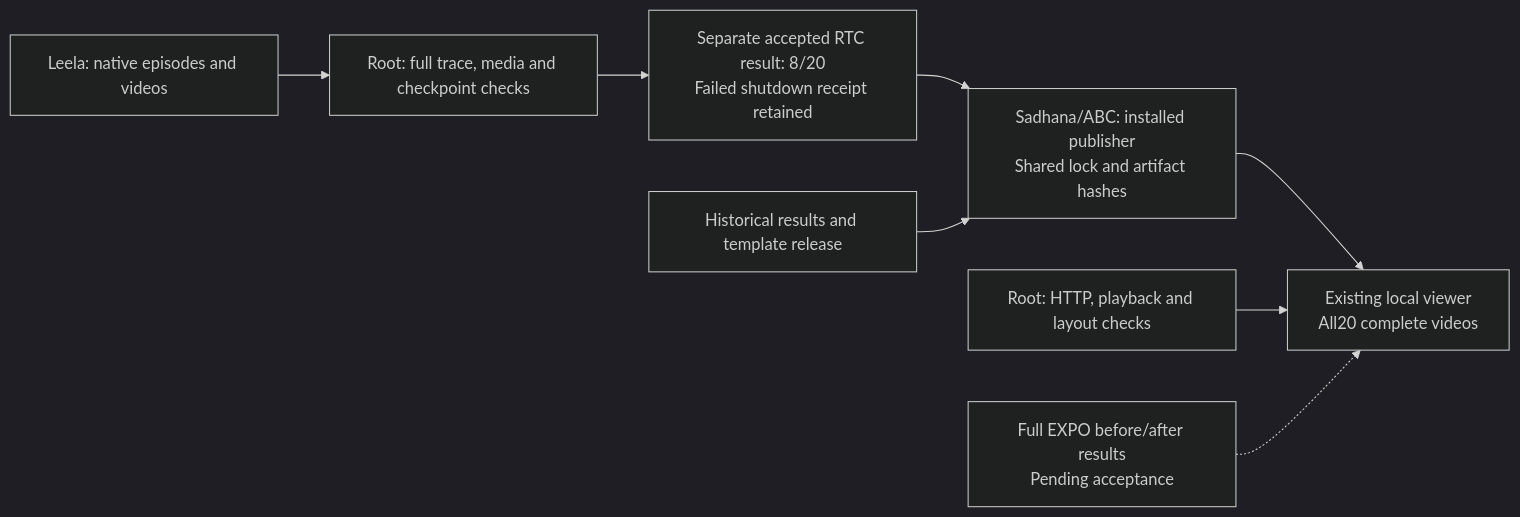
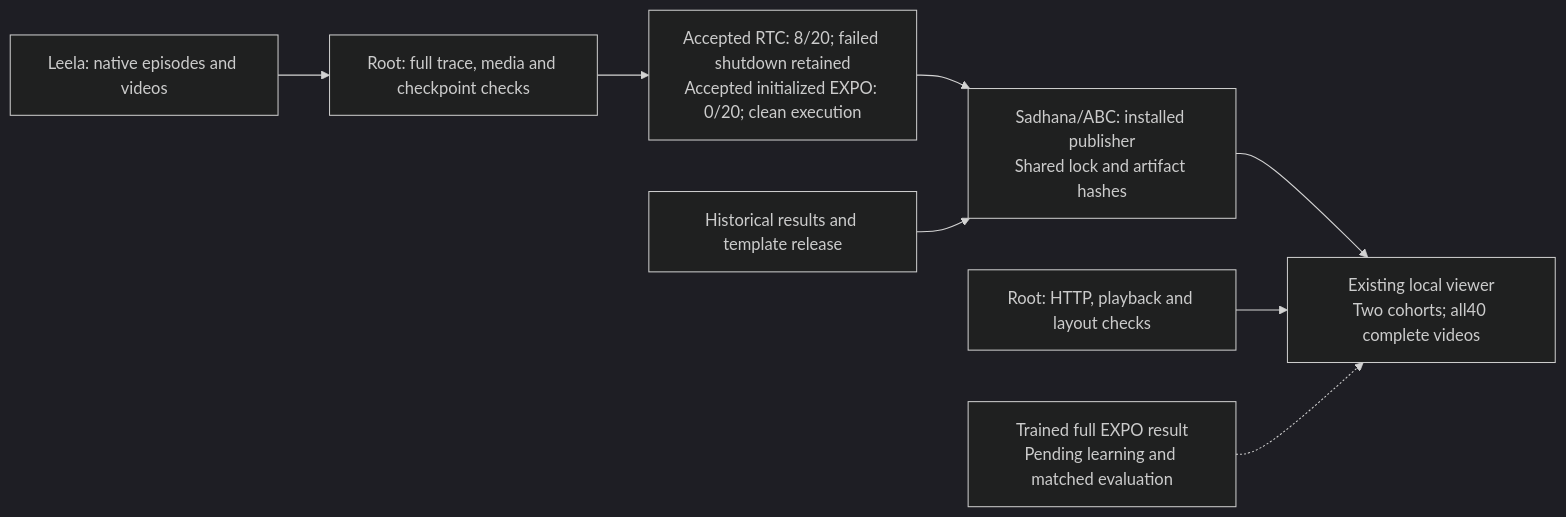
One commit to aditya9729/abc changed the diagram in docs/bench/R1LITE_VIEWER_20261015.md. Above: the diagram before and after it, drawn with Mermaid (dark theme). The commit also changed other lines of this file and 3 other files, not shown here.

Commit message:
Publish initialized full EXPO cohort with all matched videos

````diff
--- a/docs/bench/R1LITE_VIEWER_20261015.md
+++ b/docs/bench/R1LITE_VIEWER_20261015.md
@@ -41,10 +77,10 @@
 ```mermaid
 flowchart LR
     Native["Leela: native episodes and videos"] --> Verify["Root: full trace, media and checkpoint checks"]
-    Verify --> Accepted["Separate accepted RTC result: 8/20\nFailed shutdown receipt retained"]
+    Verify --> Accepted["Accepted RTC: 8/20; failed shutdown retained\nAccepted initialized EXPO: 0/20; clean execution"]
     Accepted --> Publisher["Sadhana/ABC: installed publisher\nShared lock and artifact hashes"]
     Old["Historical results and template release"] --> Publisher
-    Publisher --> Viewer["Existing local viewer\nAll20 complete videos"]
+    Publisher --> Viewer["Existing local viewer\nTwo cohorts; all40 complete videos"]
     Browser["Root: HTTP, playback and layout checks"] --> Viewer
-    Future["Full EXPO before/after results\nPending acceptance"] -.-> Viewer
+    Future["Trained full EXPO result\nPending learning and matched evaluation"] -.-> Viewer
 ```
````
